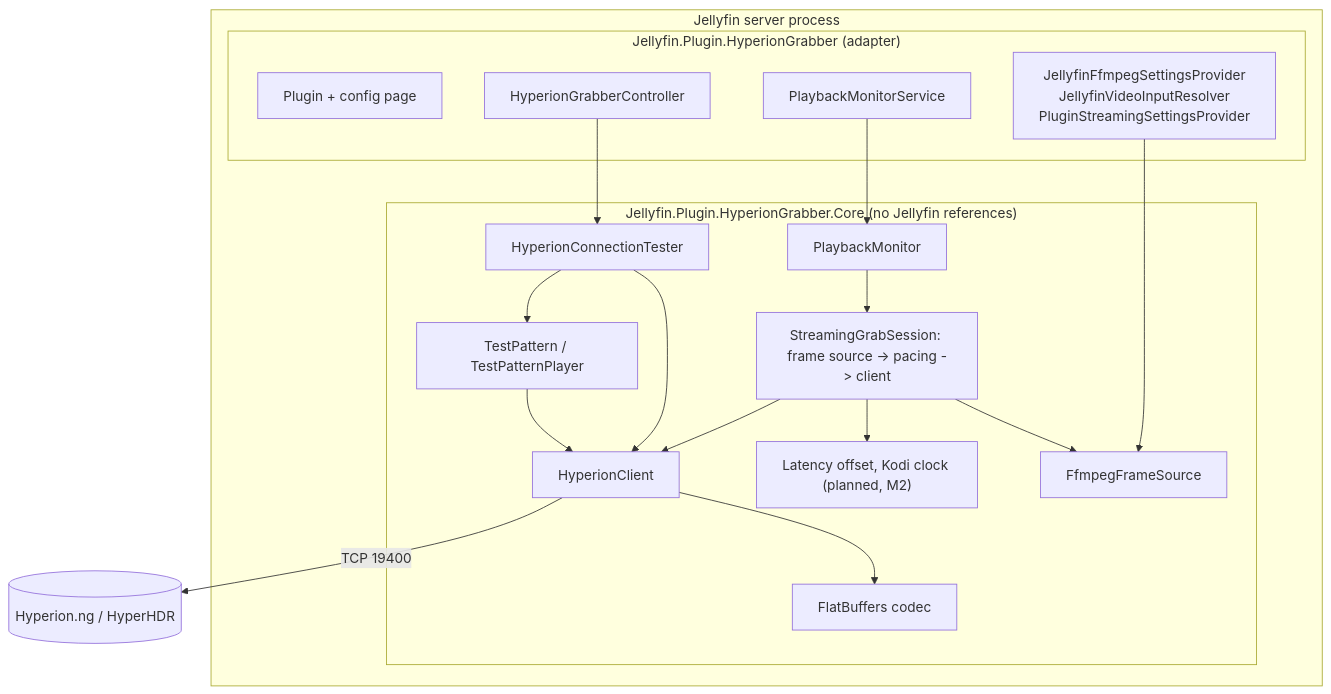
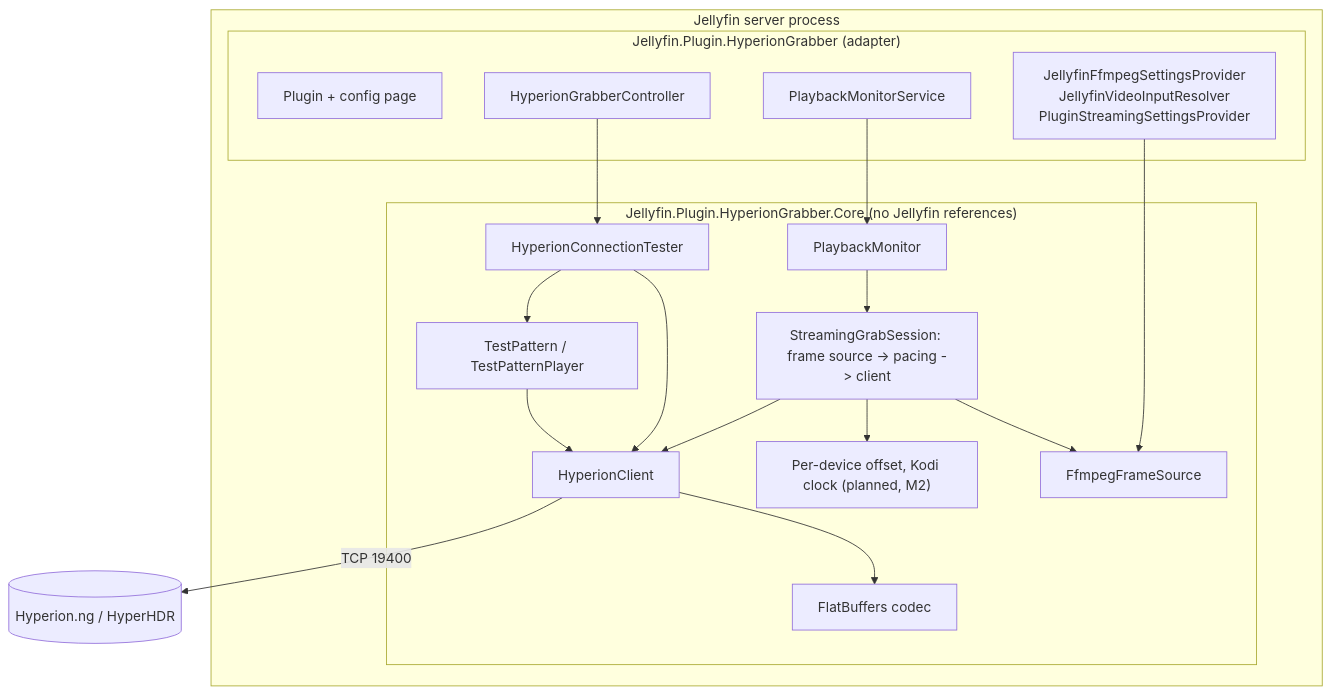
Before and after one commit to 25LioN52/JellyfinHyperionGrabber: the first of 2 diagrams in docs/development/architecture.md, drawn with Mermaid. The commit also changed other lines of this file and 15 other files, not shown here.

````diff
--- a/docs/development/architecture.md
+++ b/docs/development/architecture.md
@@ -5,30 +5,30 @@
 ```mermaid
 flowchart TB
     subgraph Jellyfin["Jellyfin server process"]
         subgraph Plugin["Jellyfin.Plugin.HyperionGrabber (adapter)"]
             P[Plugin + config page]
             API[HyperionGrabberController]
             Mon[PlaybackMonitorService]
             Src["JellyfinFfmpegSettingsProvider<br/>JellyfinVideoInputResolver<br/>PluginStreamingSettingsProvider"]
         end
         subgraph Core["Jellyfin.Plugin.HyperionGrabber.Core (no Jellyfin references)"]
             Tester[HyperionConnectionTester]
             Pattern[TestPattern / TestPatternPlayer]
             Monitor[PlaybackMonitor]
             Session["StreamingGrabSession: frame source -> pacing -> client"]
-            Sync["Latency offset, Kodi clock (planned, M2)"]
+            Sync["Per-device offset, Kodi clock (planned, M2)"]
             Frames["FfmpegFrameSource"]
             Client[HyperionClient]
             Codec[FlatBuffers codec]
         end
     end
     API --> Tester --> Client
     Tester --> Pattern --> Client
     Mon --> Monitor --> Session
     Src --> Frames
     Session --> Frames
     Session --> Sync
     Session --> Client
     Client --> Codec
     Client -- TCP 19400 --> H[(Hyperion.ng / HyperHDR)]
 ```
````
